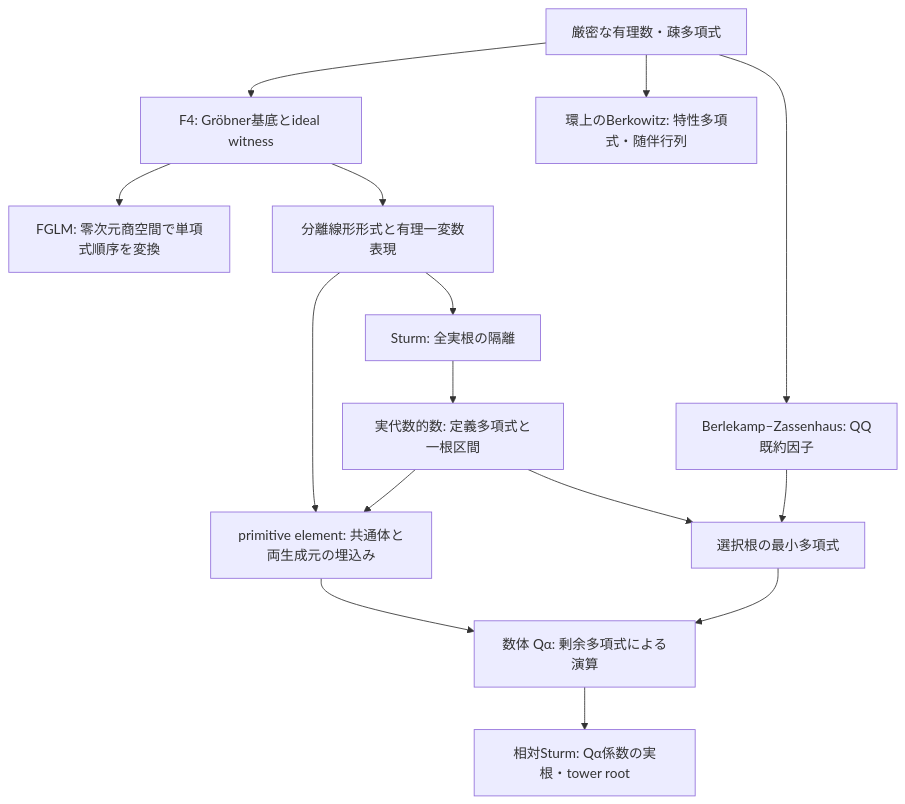
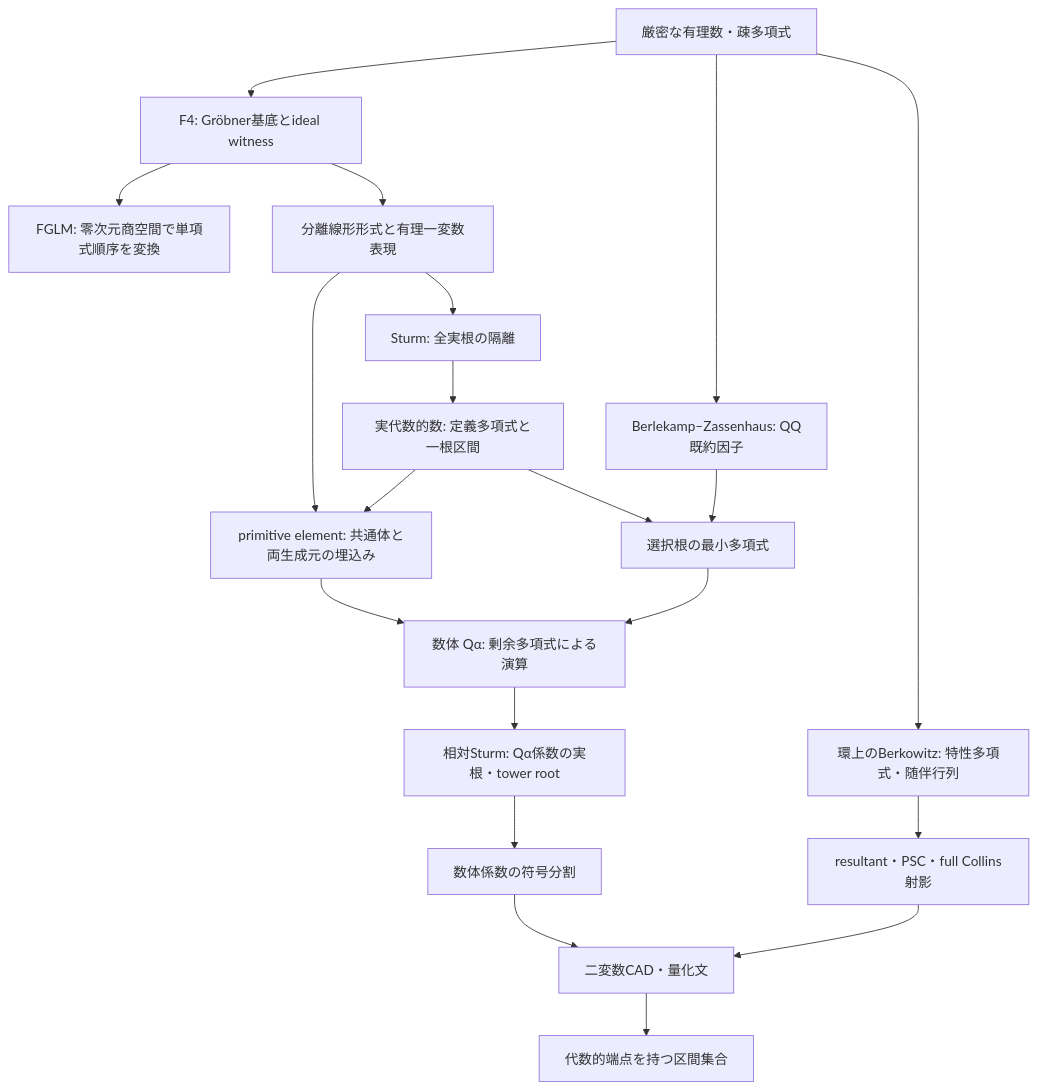
One commit to Hosi121/morph changed the diagram in docs/handbook/algebraic-solving.md. Above: the diagram before and after it, drawn with Mermaid. The commit also changed other lines of this file and 17 other files, not shown here.

````diff
--- a/docs/handbook/algebraic-solving.md
+++ b/docs/handbook/algebraic-solving.md
@@ -12,17 +12,22 @@
 ```mermaid
 flowchart TD
   Q[厳密な有理数・疎多項式] --> F4[F4: Gröbner基底とideal witness]
   F4 --> FGLM[FGLM: 零次元商空間で単項式順序を変換]
   F4 --> RUR[分離線形形式と有理一変数表現]
   RUR --> ST[Sturm: 全実根の隔離]
   ST --> RA[実代数的数: 定義多項式と一根区間]
   Q --> Z[Berlekamp–Zassenhaus: QQ既約因子]
   Z --> MIN[選択根の最小多項式]
   RA --> MIN
   MIN --> K[数体 Qα: 剰余多項式による演算]
   RA --> C[primitive element: 共通体と両生成元の埋込み]
   RUR --> C
   C --> K
   K --> OS[相対Sturm: Qα係数の実根・tower root]
+  OS --> RC[数体係数の符号分割]
+  B --> E[resultant・PSC・full Collins射影]
+  E --> CAD[二変数CAD・量化文]
+  RC --> CAD
+  CAD --> SET[代数的端点を持つ区間集合]
   Q --> B[環上のBerkowitz: 特性多項式・随伴行列]
 ```
````
